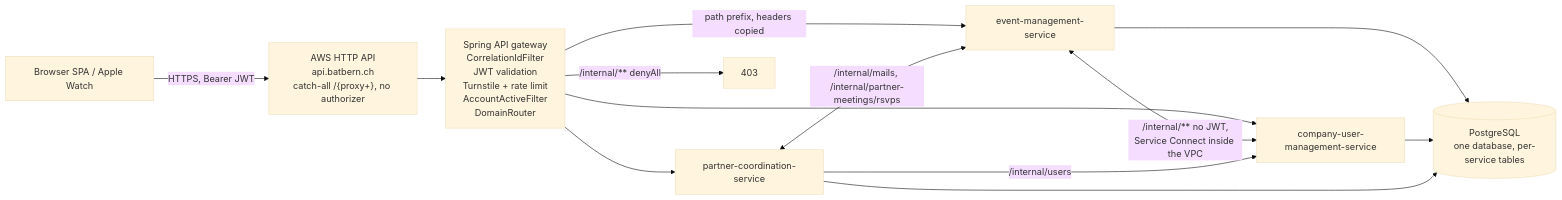
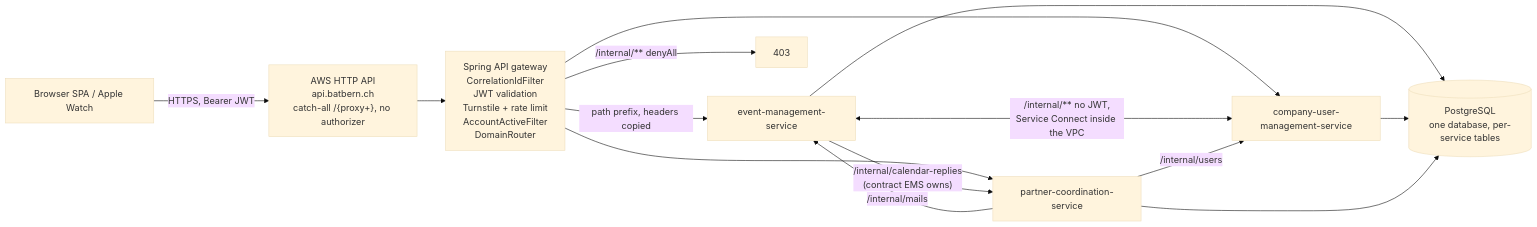
Before and after one commit to nissimbuchs/BATbern2: the first of 14 diagrams in docs/architecture/06-backend-architecture.md, drawn with Mermaid (base theme). The commit also changed other lines of this file and 117 other files, not shown here.

````diff
--- a/docs/architecture/06-backend-architecture.md
+++ b/docs/architecture/06-backend-architecture.md
@@ -19,15 +19,16 @@
 ```mermaid
 flowchart LR
     SPA["Browser SPA / Apple Watch"] -->|"HTTPS, Bearer JWT"| HTTPAPI["AWS HTTP API<br/>api.batbern.ch<br/>catch-all /{proxy+}, no authorizer"]
     HTTPAPI --> GW["Spring API gateway<br/>CorrelationIdFilter<br/>JWT validation<br/>Turnstile + rate limit<br/>AccountActiveFilter<br/>DomainRouter"]
     GW -->|"path prefix, headers copied"| EMS["event-management-service"]
     GW --> CUMS["company-user-management-service"]
     GW --> PCS["partner-coordination-service"]
     GW -->|"/internal/** denyAll"| X["403"]
     EMS <-->|"/internal/** no JWT,<br/>Service Connect inside the VPC"| CUMS
     PCS -->|"/internal/users"| CUMS
-    PCS <-->|"/internal/mails, /internal/partner-meetings/rsvps"| EMS
+    PCS -->|"/internal/mails"| EMS
+    EMS -->|"/internal/calendar-replies<br/>(contract EMS owns)"| PCS
     EMS --> DB[("PostgreSQL<br/>one database, per-service tables")]
     CUMS --> DB
     PCS --> DB
 ```
````
